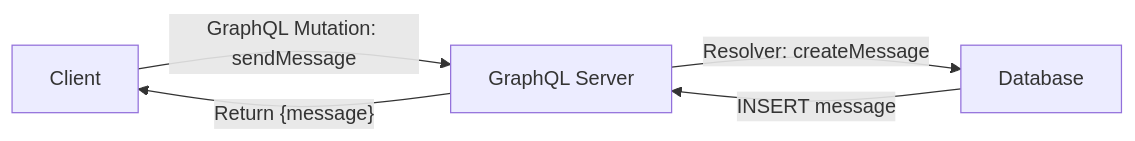
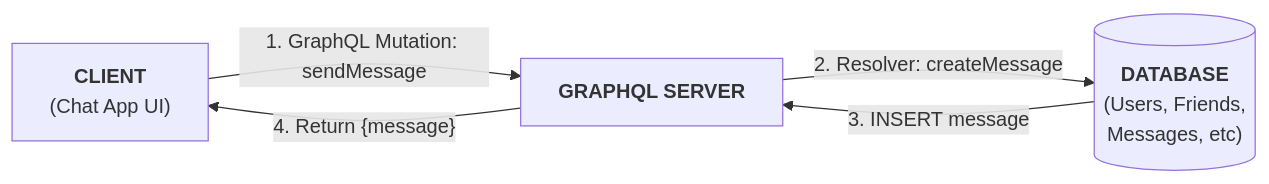
Before and after one commit to kaga0008/CST8916_Assignment_1: the fifth of 7 diagrams in README.md, drawn with Mermaid. The commit also changed other lines of this file, not shown here.

Commit message:
Editing, diagram updating/merging, trimming of superfluous content

````diff
--- a/README.md
+++ b/README.md
@@ -262,9 +80,7 @@
 ```mermaid
 flowchart LR
-    C[Client] -->|"GraphQL Mutation: sendMessage"| S[GraphQL Server]
-    S -->|"Resolver: createMessage"| D[Database]
-    D -->|"INSERT message"| S
-    S -->|"Return {message}"| C
-
-
+    C["<b>CLIENT</b></br>(Chat App UI)"] -->|"1. GraphQL Mutation: sendMessage"| S[<b>GRAPHQL SERVER</b>]
+    S -->|"2. Resolver: createMessage"| D[("<b>DATABASE</b><br/>(Users, Friends, </br>Messages, etc)")]
+    D -->|"3. INSERT message"| S
+    S -->|"4. Return {message}"| C
 ```
````
